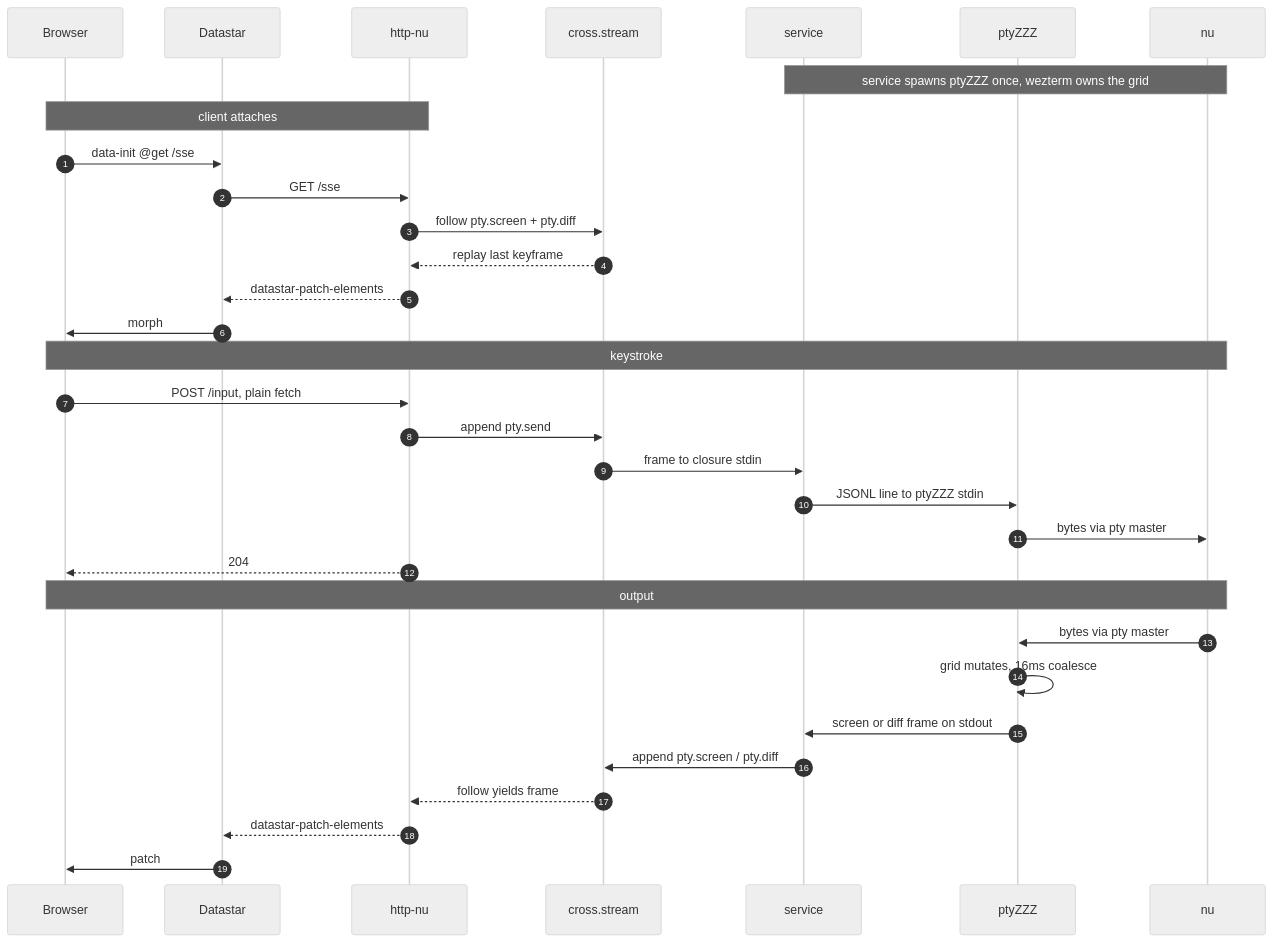
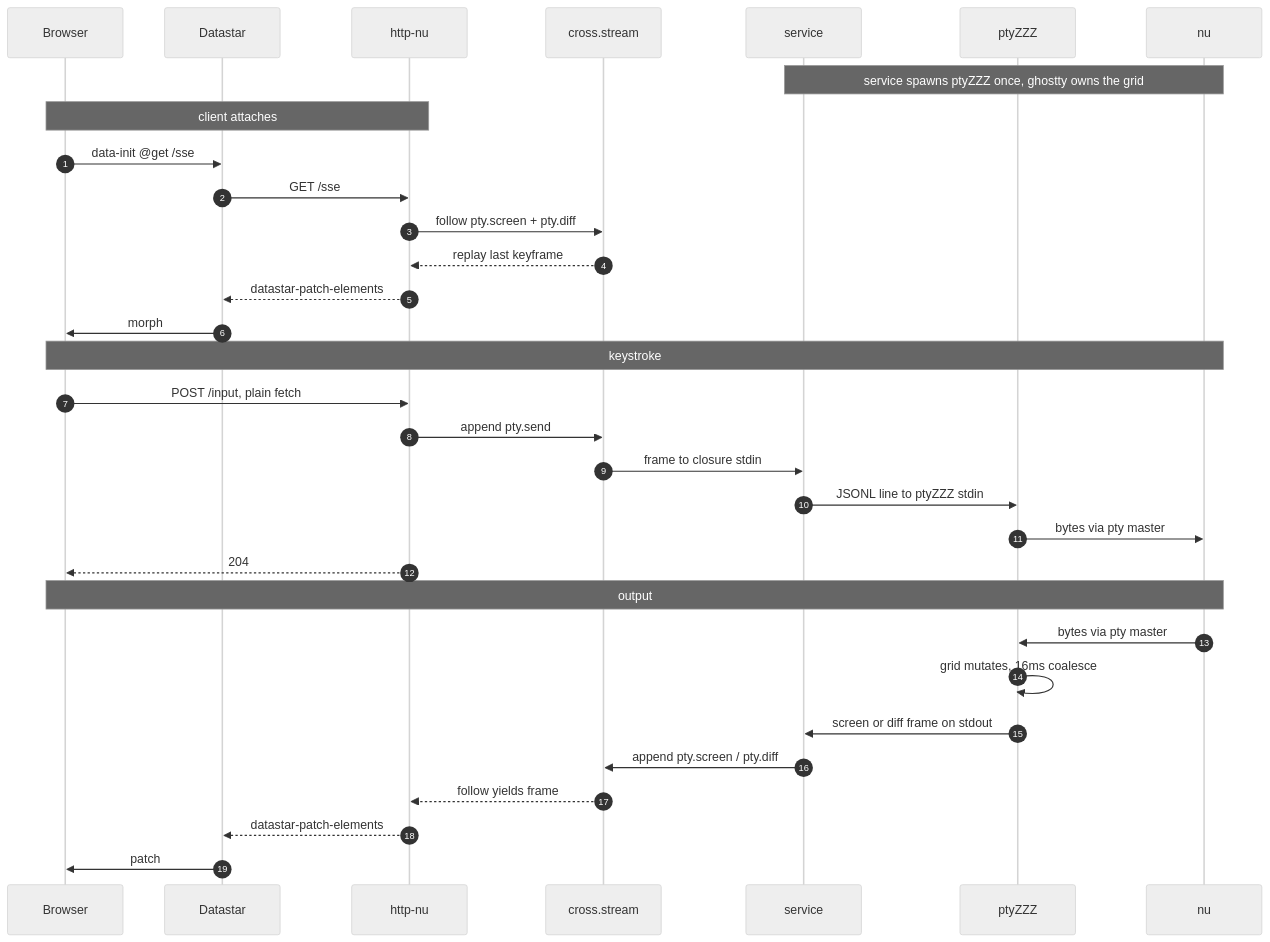
One commit to cablehead/ptyZZZ changed the diagram in README.md. Above: the diagram before and after it, drawn with Mermaid (neutral theme). The commit also changed other lines of this file and 6 other files, not shown here.

````diff
--- a/README.md
+++ b/README.md
@@ -209,38 +213,38 @@
 ```mermaid
 sequenceDiagram
     autonumber
     participant Browser
     participant DS as Datastar
     participant HTTP as http-nu
     participant XS as cross.stream
     participant Svc as service
     participant Pty as ptyZZZ
     participant Sh as nu
 
-    Note over Svc,Sh: service spawns ptyZZZ once, wezterm owns the grid
+    Note over Svc,Sh: service spawns ptyZZZ once, ghostty owns the grid
 
     Note over Browser,HTTP: client attaches
     Browser->>DS: data-init @get /sse
     DS->>HTTP: GET /sse
     HTTP->>XS: follow pty.screen + pty.diff
     XS-->>HTTP: replay last keyframe
     HTTP-->>DS: datastar-patch-elements
     DS->>Browser: morph #grid
 
     Note over Browser,Sh: keystroke
     Browser->>HTTP: POST /input, plain fetch
     HTTP->>XS: append pty.send
     XS->>Svc: frame to closure stdin
     Svc->>Pty: JSONL line to ptyZZZ stdin
     Pty->>Sh: bytes via pty master
     HTTP-->>Browser: 204
 
     Note over Sh,Browser: output
     Sh->>Pty: bytes via pty master
     Pty->>Pty: grid mutates, 16ms coalesce
     Pty->>Svc: screen or diff frame on stdout
     Svc->>XS: append pty.screen / pty.diff
     XS-->>HTTP: follow yields frame
     HTTP-->>DS: datastar-patch-elements
     DS->>Browser: patch #grid
 ```
````
